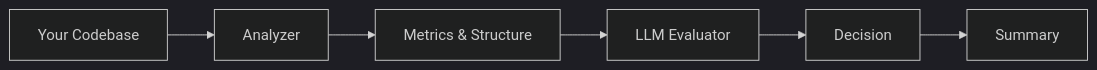
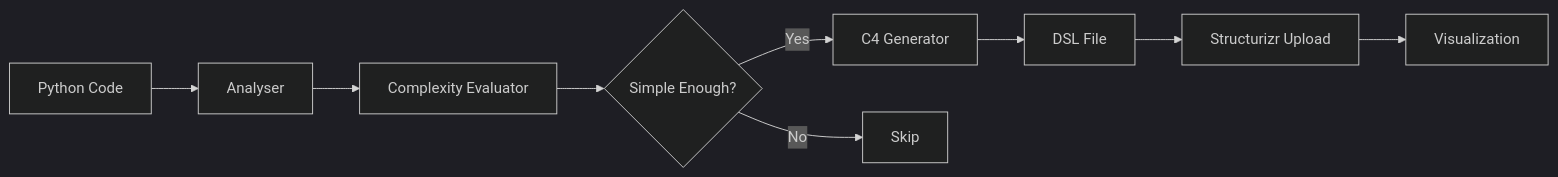
One commit to lukeowen1/road-agent-orchestration changed the diagram in README.md. Above: the diagram before and after it, drawn with Mermaid (dark theme). The commit also changed other lines of this file, not shown here.

````diff
--- a/README.md
+++ b/README.md
@@ -54,8 +95,11 @@
 ```mermaid
 graph LR
-    A[Your Codebase] --> B[Analyzer]
-    B --> C[Metrics & Structure]
-    C --> D[LLM Evaluator]
-    D --> E[Decision]
-    E --> F[Summary]
+    A[Python Code] --> B[Analyser]
+    B --> C[Complexity Evaluator]
+    C --> D{Simple Enough?}
+    D -->|Yes| E[C4 Generator]
+    D -->|No| F[Skip]
+    E --> G[DSL File]
+    G --> H[Structurizr Upload]
+    H --> I[Visualization]
 ```
````
